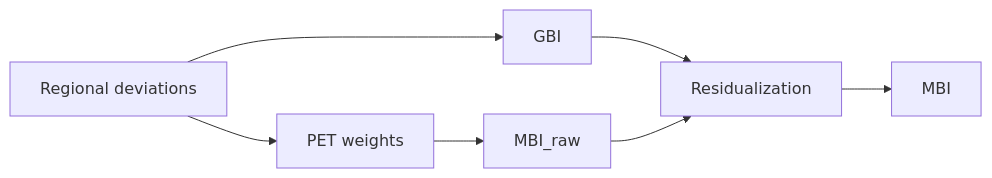
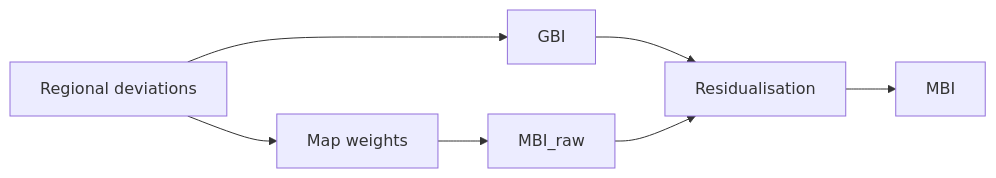
One commit to denvdm/MBI-pipeline changed the diagram in README.md. Above: the diagram before and after it, drawn with Mermaid. The commit also changed other lines of this file and 32 other files, not shown here.

````diff
--- a/README.md
+++ b/README.md
@@ -31,9 +52,9 @@
 ```mermaid
 graph LR
     A["Regional deviations"] --> B["GBI"]
-    A --> C["PET weights"]
+    A --> C["Map weights"]
     C --> D["MBI_raw"]
-    B --> E["Residualization"]
+    B --> E["Residualisation"]
     D --> E
     E --> F["MBI"]
 ```
````
